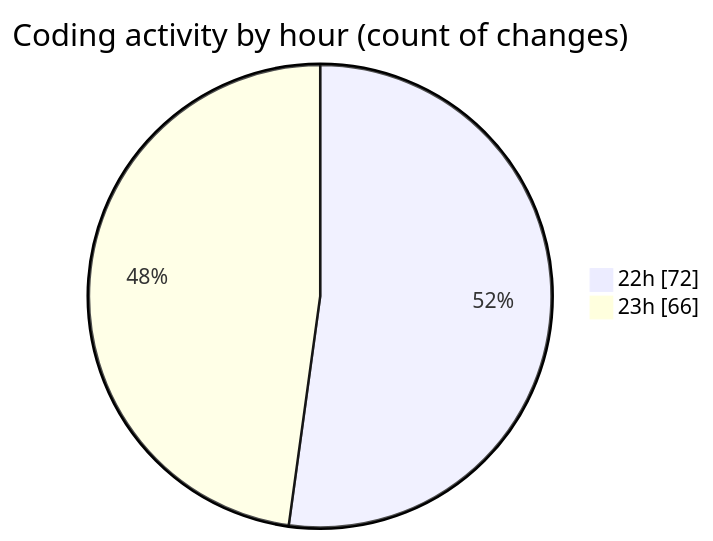
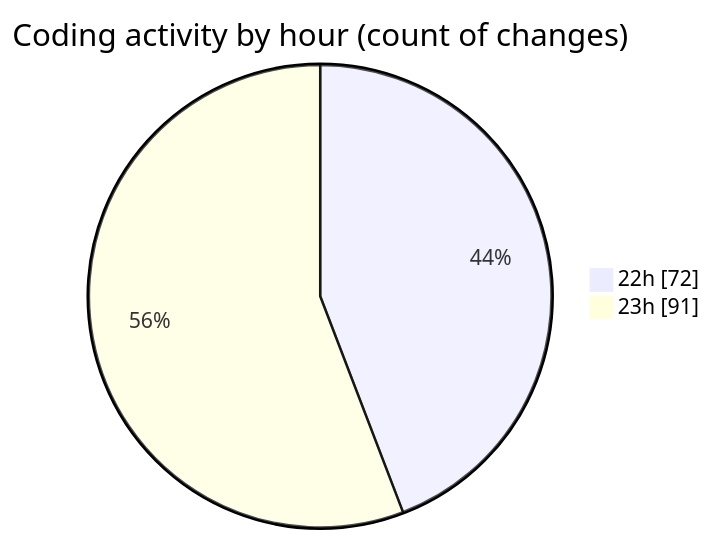
The second of 2 diagrams in 2025-07-28/javascript/README.md (Ritupan-Deka/code-tracking), drawn with Mermaid before and after one commit. The commit also changed other lines of this file and 1 other file, not shown here.

````diff
--- a/2025-07-28/javascript/README.md
+++ b/2025-07-28/javascript/README.md
@@ -28,6 +28,6 @@
 ```mermaid
 pie showData
 title Coding activity by hour (count of changes)
 "22h" : 72
-"23h" : 66
+"23h" : 91
 ```
````
